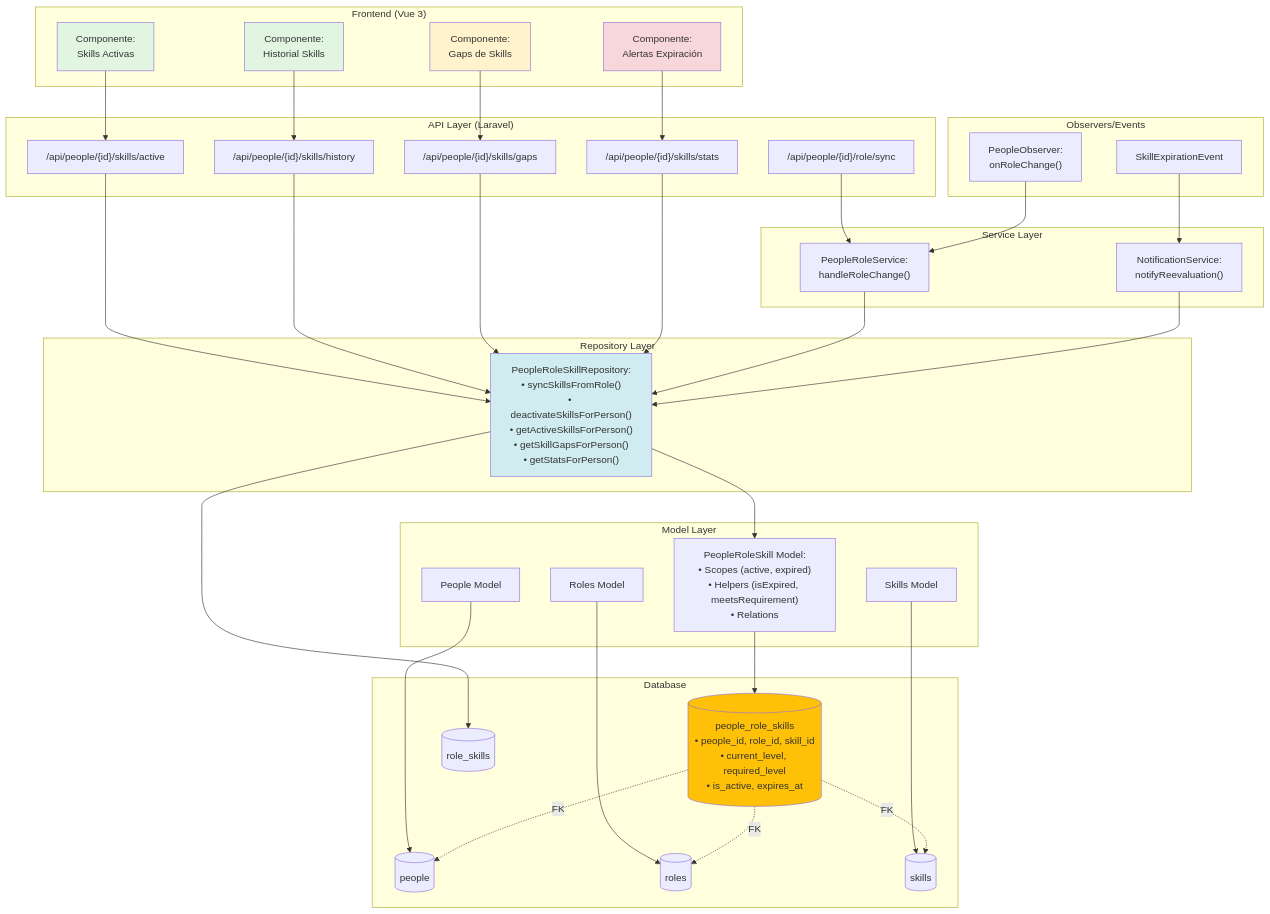
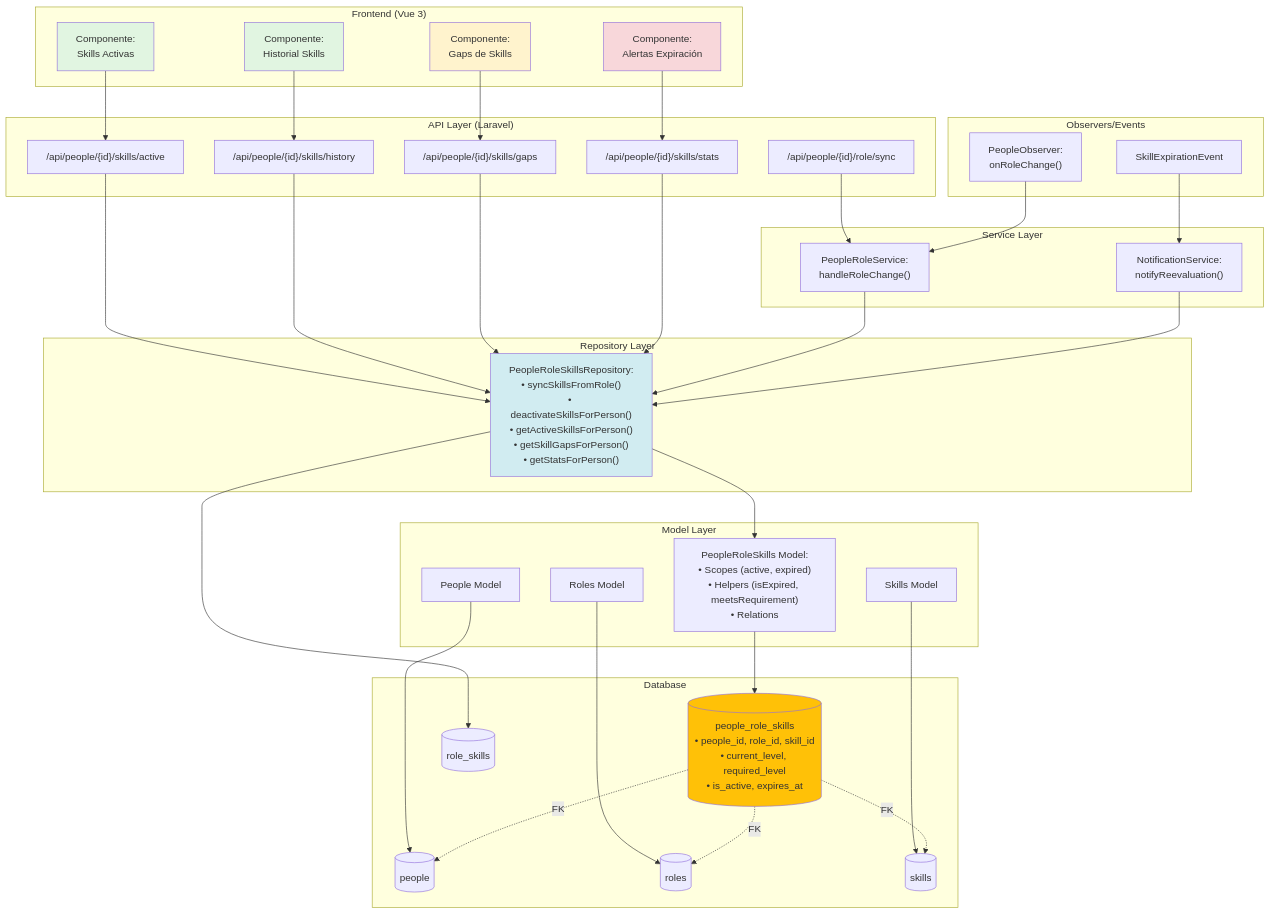
One commit to oahumada/Stratos changed the third of 5 diagrams in docs/PEOPLE_ROLE_SKILLS_FLUJO.md. Above: the diagram before and after it, drawn with Mermaid. The commit also changed 22 other files, not shown here.

First line of the commit message:
feat: Integrate PeopleRoleSkills model and repository, migrate existing skills data

````diff
--- a/docs/PEOPLE_ROLE_SKILLS_FLUJO.md
+++ b/docs/PEOPLE_ROLE_SKILLS_FLUJO.md
@@ -70,82 +70,82 @@
 ```mermaid
 flowchart TB
     subgraph Frontend ["Frontend (Vue 3)"]
         COMP_ACTIVE["Componente:<br/>Skills Activas"]
         COMP_HISTORY["Componente:<br/>Historial Skills"]
         COMP_GAPS["Componente:<br/>Gaps de Skills"]
         COMP_WARNINGS["Componente:<br/>Alertas Expiración"]
     end
     
     subgraph API ["API Layer (Laravel)"]
         EP_ACTIVE["/api/people/{id}/skills/active"]
         EP_HISTORY["/api/people/{id}/skills/history"]
         EP_GAPS["/api/people/{id}/skills/gaps"]
         EP_STATS["/api/people/{id}/skills/stats"]
         EP_SYNC["/api/people/{id}/role/sync"]
     end
     
     subgraph Service ["Service Layer"]
         SVC_ROLE["PeopleRoleService:<br/>handleRoleChange()"]
         SVC_NOTIFICATION["NotificationService:<br/>notifyReevaluation()"]
     end
     
     subgraph Repository ["Repository Layer"]
-        REPO["PeopleRoleSkillRepository:<br/>• syncSkillsFromRole()<br/>• deactivateSkillsForPerson()<br/>• getActiveSkillsForPerson()<br/>• getSkillGapsForPerson()<br/>• getStatsForPerson()"]
+        REPO["PeopleRoleSkillsRepository:<br/>• syncSkillsFromRole()<br/>• deactivateSkillsForPerson()<br/>• getActiveSkillsForPerson()<br/>• getSkillGapsForPerson()<br/>• getStatsForPerson()"]
     end
     
     subgraph Model ["Model Layer"]
         MDL_PEOPLE["People Model"]
-        MDL_ROLE_SKILL["PeopleRoleSkill Model:<br/>• Scopes (active, expired)<br/>• Helpers (isExpired, meetsRequirement)<br/>• Relations"]
+        MDL_ROLE_SKILL["PeopleRoleSkills Model:<br/>• Scopes (active, expired)<br/>• Helpers (isExpired, meetsRequirement)<br/>• Relations"]
         MDL_ROLE["Roles Model"]
         MDL_SKILL["Skills Model"]
     end
     
     subgraph Observer ["Observers/Events"]
         OBS_PEOPLE["PeopleObserver:<br/>onRoleChange()"]
         EVT_EXPIRATION["SkillExpirationEvent"]
     end
     
     subgraph Database ["Database"]
         TBL_PEOPLE_ROLE_SKILLS[("people_role_skills<br/>• people_id, role_id, skill_id<br/>• current_level, required_level<br/>• is_active, expires_at")]
         TBL_PEOPLE[("people")]
         TBL_ROLES[("roles")]
         TBL_SKILLS[("skills")]
         TBL_ROLE_SKILLS[("role_skills")]
     end
     
     COMP_ACTIVE --> EP_ACTIVE
     COMP_HISTORY --> EP_HISTORY
     COMP_GAPS --> EP_GAPS
     COMP_WARNINGS --> EP_STATS
     
     EP_ACTIVE --> REPO
     EP_HISTORY --> REPO
     EP_GAPS --> REPO
     EP_STATS --> REPO
     EP_SYNC --> SVC_ROLE
     
     SVC_ROLE --> REPO
     SVC_NOTIFICATION --> REPO
     
     REPO --> MDL_ROLE_SKILL
     REPO --> TBL_ROLE_SKILLS
     
     MDL_ROLE_SKILL --> TBL_PEOPLE_ROLE_SKILLS
     MDL_PEOPLE --> TBL_PEOPLE
     MDL_ROLE --> TBL_ROLES
     MDL_SKILL --> TBL_SKILLS
     
     OBS_PEOPLE --> SVC_ROLE
     EVT_EXPIRATION --> SVC_NOTIFICATION
     
     TBL_PEOPLE_ROLE_SKILLS -.FK.-> TBL_PEOPLE
     TBL_PEOPLE_ROLE_SKILLS -.FK.-> TBL_ROLES
     TBL_PEOPLE_ROLE_SKILLS -.FK.-> TBL_SKILLS
     
     style COMP_ACTIVE fill:#e1f5e1
     style COMP_HISTORY fill:#e1f5e1
     style COMP_GAPS fill:#fff3cd
     style COMP_WARNINGS fill:#f8d7da
     style REPO fill:#d1ecf1
     style TBL_PEOPLE_ROLE_SKILLS fill:#ffc107
 ```
````
